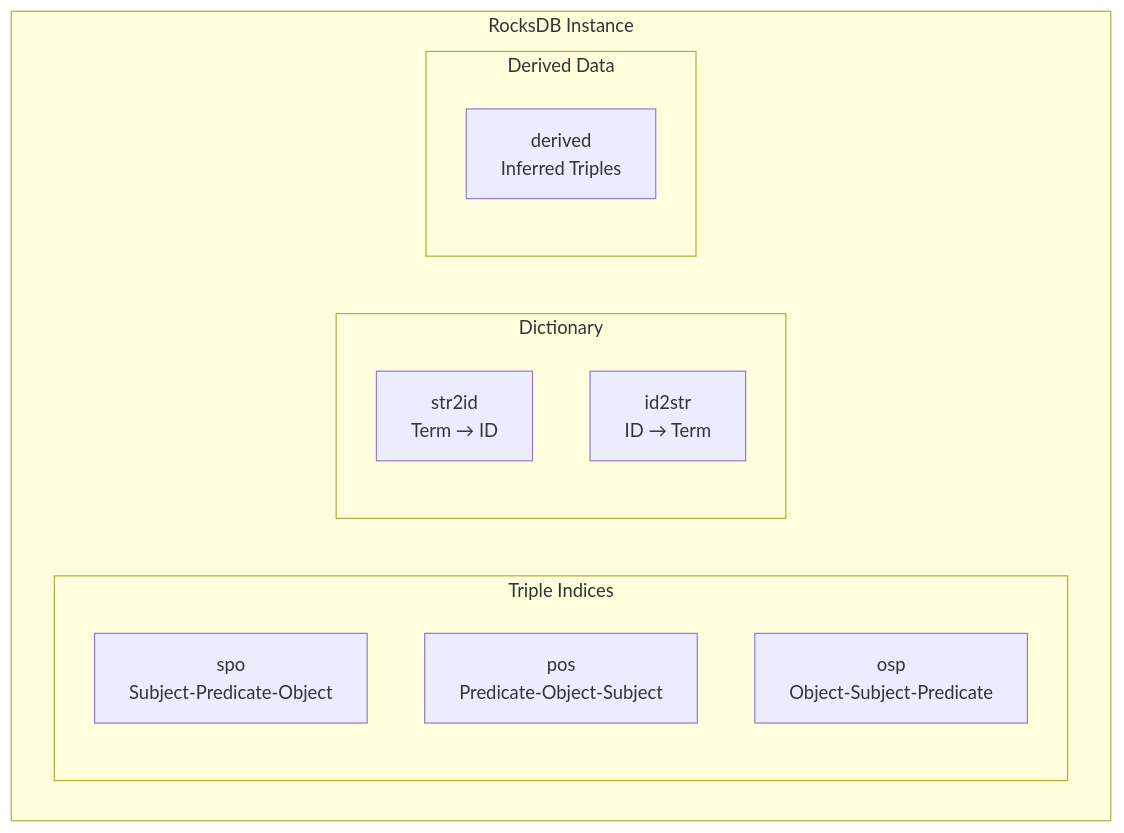
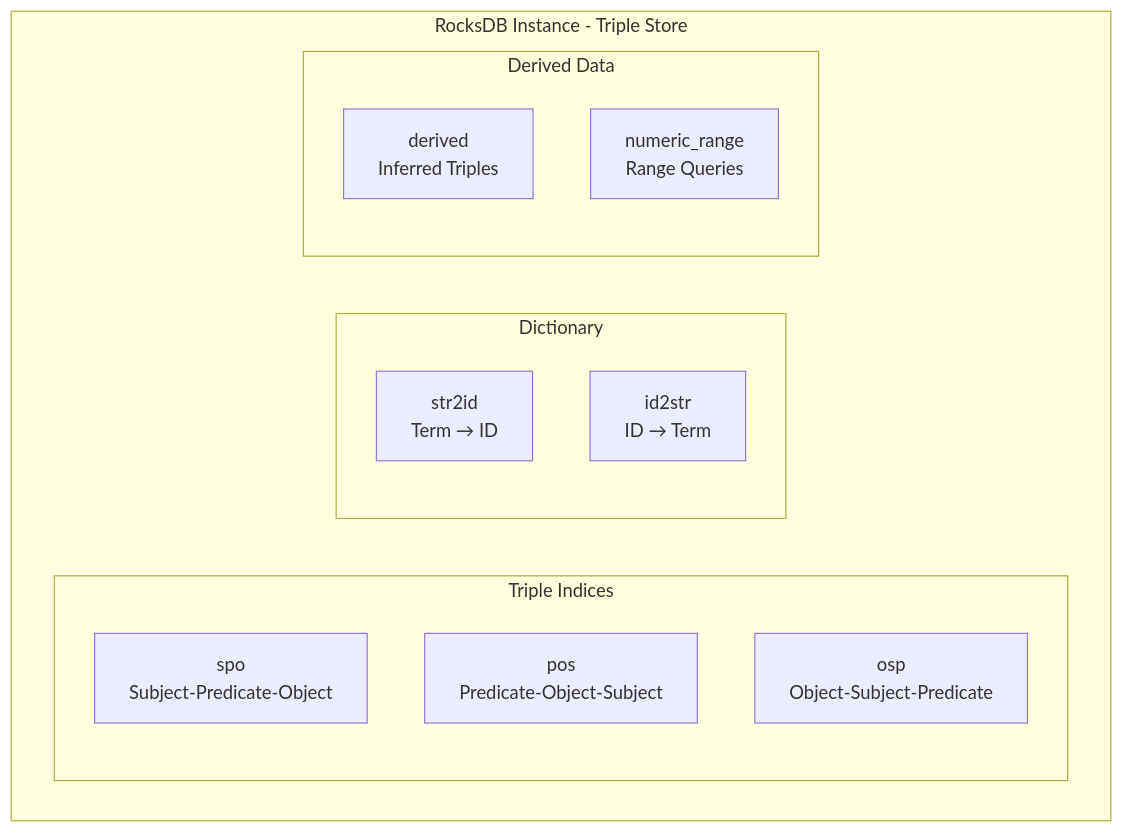
Before and after one commit to pcharbon70/triple_store: the fifth of 6 diagrams in guides/developer/00-architecture-overview.md, drawn with Mermaid. The commit also changed other lines of this file and 2 other files, not shown here.

First line of the commit message:
Update developer guides for erlang-rocksdb architecture

````diff
--- a/guides/developer/00-architecture-overview.md
+++ b/guides/developer/00-architecture-overview.md
@@ -215,19 +225,20 @@
 ```mermaid
 graph TB
-    subgraph "RocksDB Instance"
+    subgraph "RocksDB Instance - Triple Store"
         subgraph "Triple Indices"
             SPO[spo<br/>Subject-Predicate-Object]
             POS[pos<br/>Predicate-Object-Subject]
             OSP[osp<br/>Object-Subject-Predicate]
         end
 
         subgraph "Dictionary"
             S2I[str2id<br/>Term → ID]
             I2S[id2str<br/>ID → Term]
         end
 
         subgraph "Derived Data"
             DER[derived<br/>Inferred Triples]
+            NR[numeric_range<br/>Range Queries]
         end
     end
 ```
````
